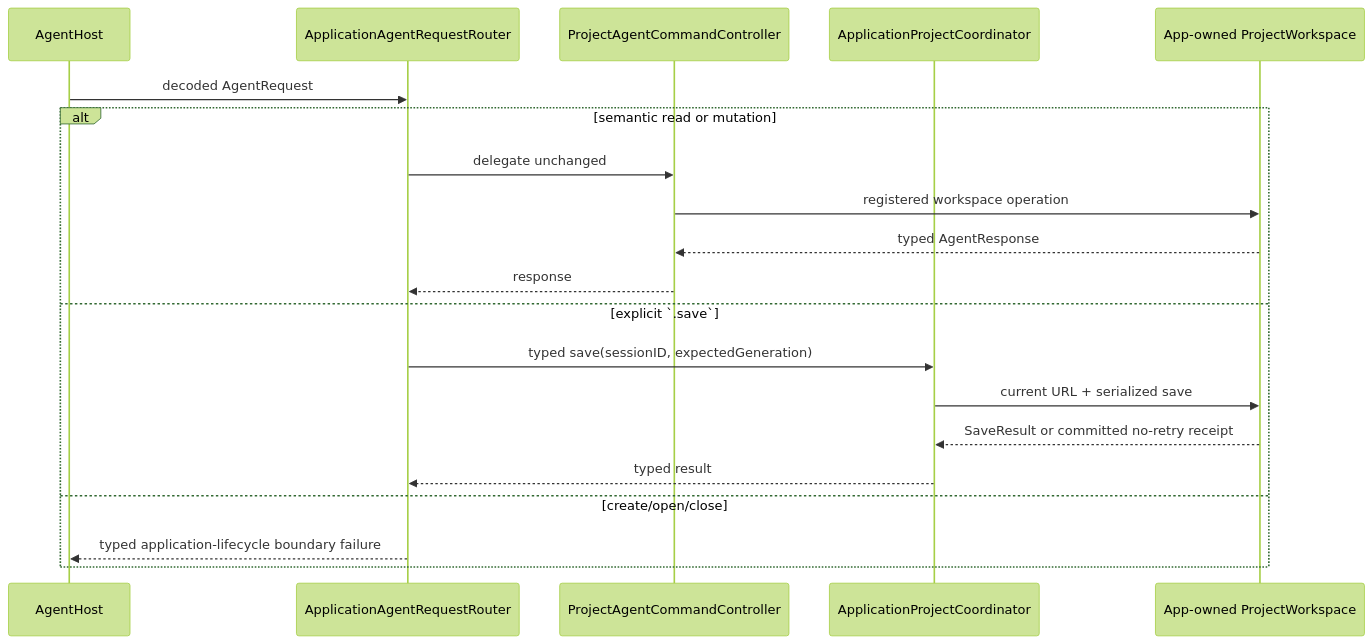
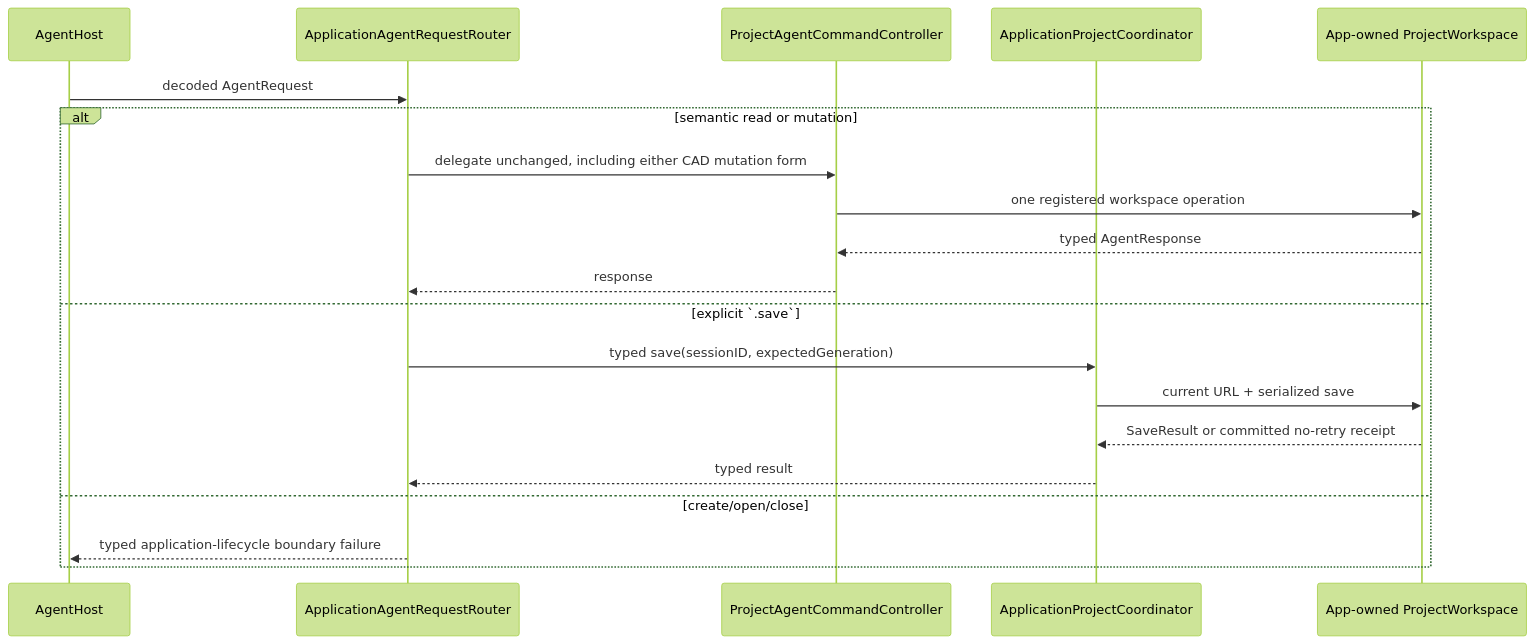
One commit to 1amageek/Rupa changed the third of 3 diagrams in Rupa/Rupa/Rupa/DESIGN.md. Above: the diagram before and after it, drawn with Mermaid (forest theme). The commit also changed other lines of this file and 17 other files, not shown here.

````diff
--- a/Rupa/Rupa/Rupa/DESIGN.md
+++ b/Rupa/Rupa/Rupa/DESIGN.md
@@ -114,23 +120,23 @@
 ```mermaid
 sequenceDiagram
     participant H as AgentHost
     participant R as ApplicationAgentRequestRouter
     participant C as ProjectAgentCommandController
     participant P as ApplicationProjectCoordinator
     participant W as App-owned ProjectWorkspace
 
     H->>R: decoded AgentRequest
     alt semantic read or mutation
-        R->>C: delegate unchanged
-        C->>W: registered workspace operation
+        R->>C: delegate unchanged, including either CAD mutation form
+        C->>W: one registered workspace operation
         W-->>C: typed AgentResponse
         C-->>R: response
     else explicit `.save`
         R->>P: typed save(sessionID, expectedGeneration)
         P->>W: current URL + serialized save
         W-->>P: SaveResult or committed no-retry receipt
         P-->>R: typed result
     else create/open/close
         R-->>H: typed application-lifecycle boundary failure
     end
 ```
````
